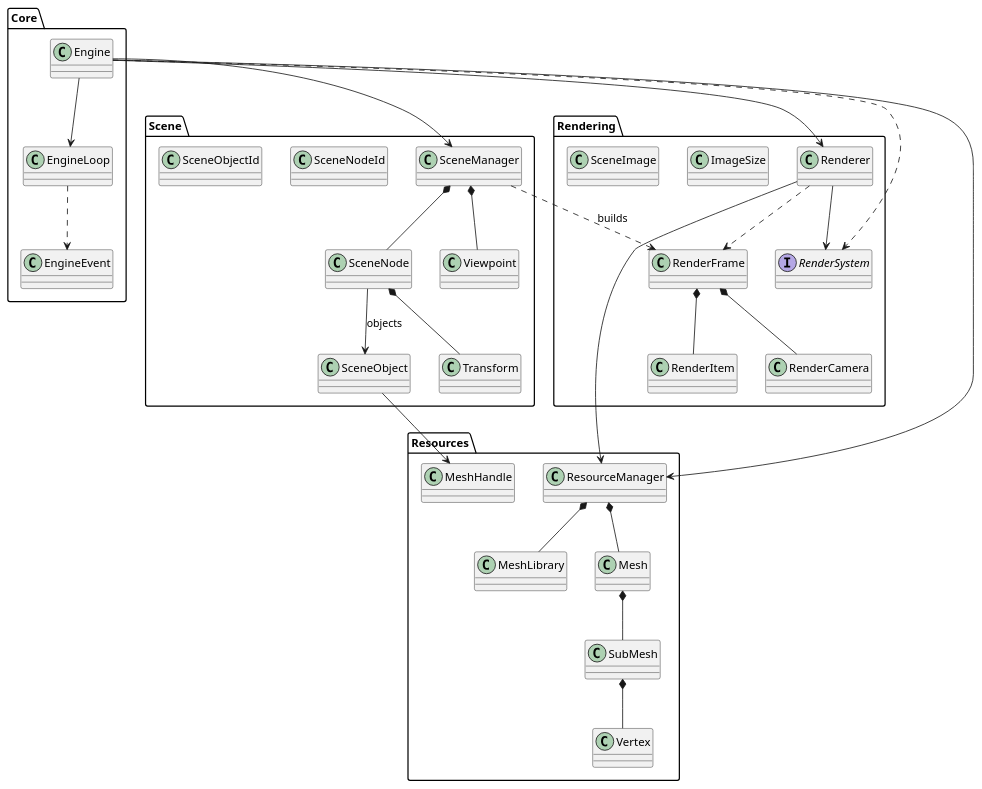
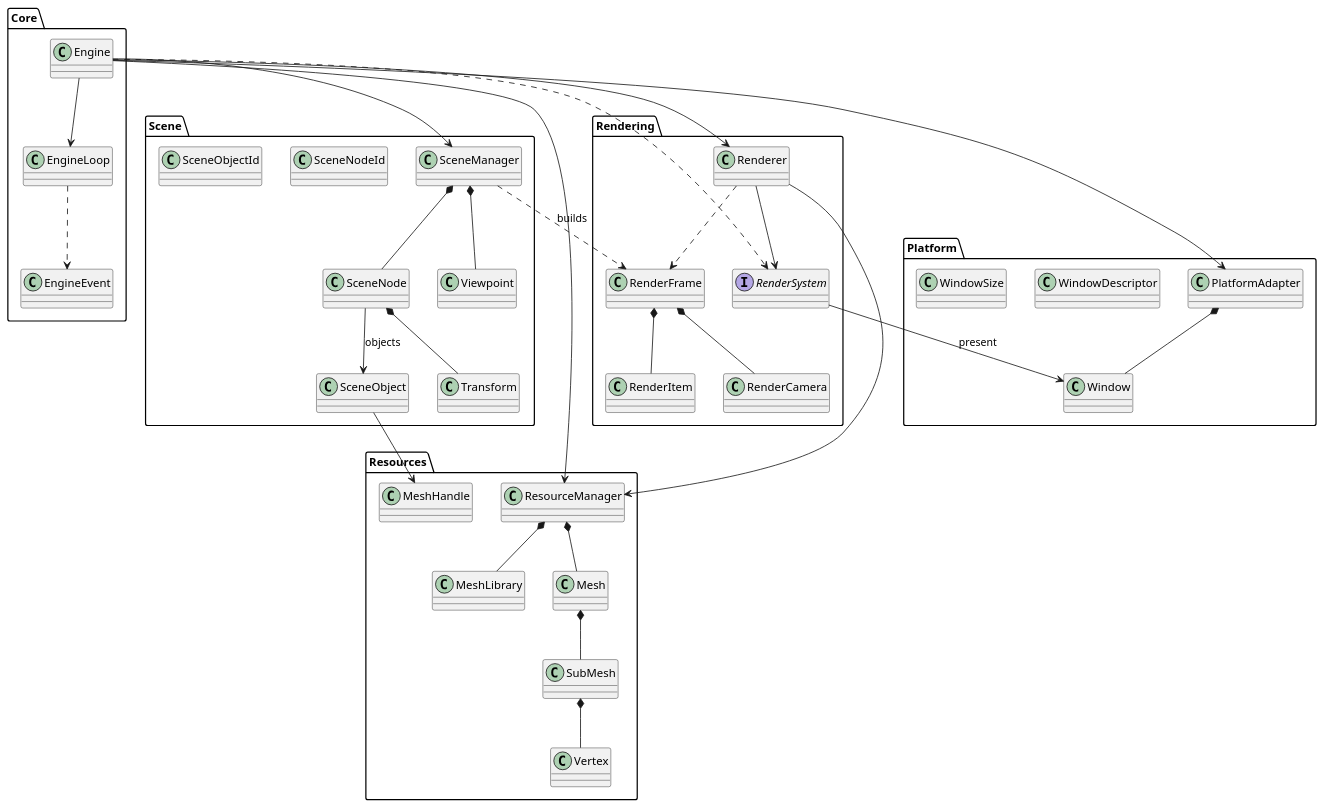
One commit to BFGEG/BFGE changed the first of 5 diagrams in docs/FREAK_Engine_Architecture.md. Above: the diagram before and after it, drawn with PlantUML. The commit also changed other lines of this file and 4 other files, not shown here.

````diff
--- a/docs/FREAK_Engine_Architecture.md
+++ b/docs/FREAK_Engine_Architecture.md
@@ -1101,68 +1117,76 @@
 ```plantuml
 @startuml
 
 package Core {
     class Engine
     class EngineLoop
     class EngineEvent
 }
 
 package Scene {
     class SceneManager
     class SceneNode
     class SceneObject
     class Viewpoint
 
     class Transform
     class SceneNodeId
     class SceneObjectId
 }
 
 package Resources {
     class ResourceManager
     class MeshLibrary
     class Mesh
     class SubMesh
     class Vertex
     class MeshHandle
 }
 
+package Platform {
+    class PlatformAdapter
+    class Window
+    class WindowDescriptor
+    class WindowSize
+}
+
 package Rendering {
     class RenderFrame
     class RenderItem
     class RenderCamera
 
     interface RenderSystem
     class Renderer
-    class ImageSize
-    class SceneImage
 }
 
 Engine --> SceneManager
 Engine --> ResourceManager
 Engine --> Renderer
 Engine ..> RenderSystem
 Engine --> EngineLoop
+Engine --> PlatformAdapter
 EngineLoop ..> EngineEvent
+PlatformAdapter *-- Window
+RenderSystem --> Window : present
 
 SceneManager *-- SceneNode
 SceneManager *-- Viewpoint
 SceneNode --> SceneObject : objects
 SceneObject --> MeshHandle
 SceneNode *-- Transform
 
 ResourceManager *-- Mesh
 ResourceManager *-- MeshLibrary
 Mesh *-- SubMesh
 SubMesh *-- Vertex
 
 SceneManager ..> RenderFrame : builds
 RenderFrame *-- RenderItem
 RenderFrame *-- RenderCamera
 
 Renderer --> RenderSystem
 Renderer ..> RenderFrame
 Renderer --> ResourceManager
 
 @enduml
 ```
````
